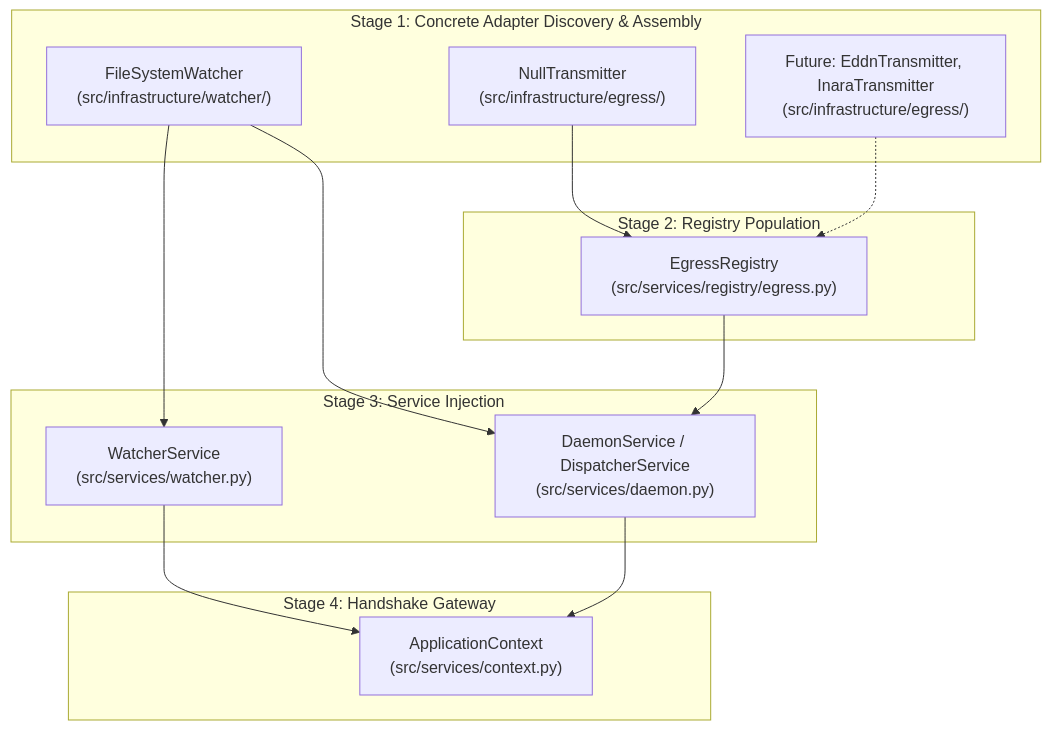
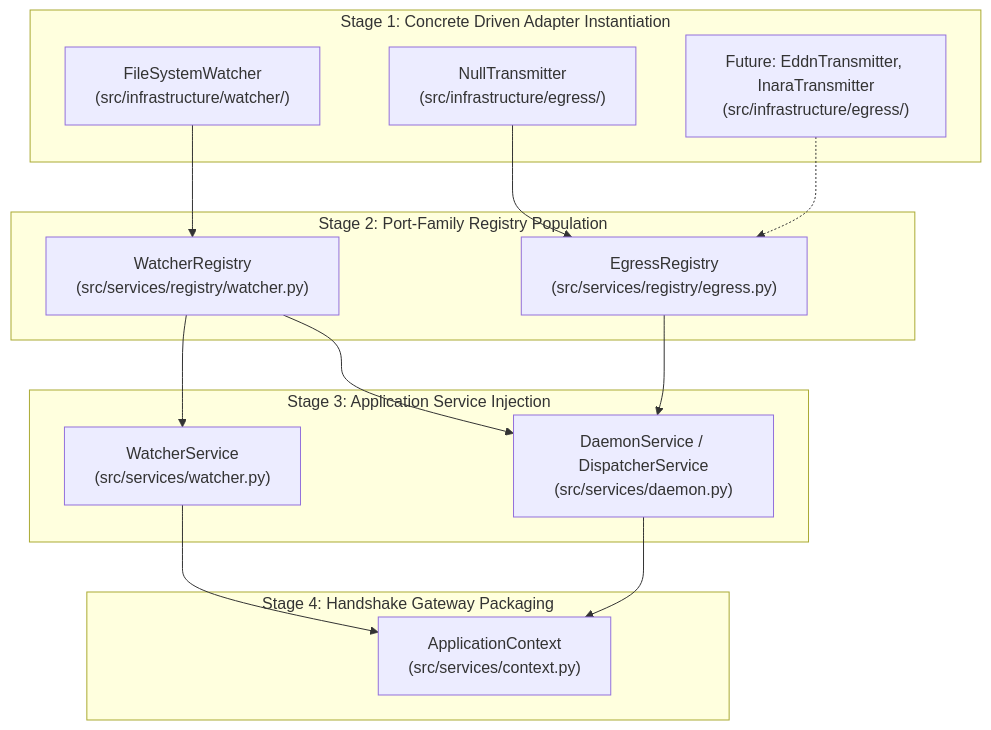
One commit to mnaatjes/ed-telemetry changed the diagram in architecture/adr/0014_driven_adapter_registry_architecture_and_composition_root.md. Above: the diagram before and after it, drawn with Mermaid. The commit also changed other lines of this file, not shown here.

Commit message:
docs(adr): update ADR 0014 with BaseAdapterRegistry generic pattern and port-family separation

````diff
--- a/architecture/adr/0014_driven_adapter_registry_architecture_and_composition_root.md
+++ b/architecture/adr/0014_driven_adapter_registry_architecture_and_composition_root.md
@@ -83,29 +115,31 @@
 ```mermaid
 flowchart TD
-    subgraph Stage1 ["Stage 1: Concrete Adapter Discovery & Assembly"]
+    subgraph Stage1 ["Stage 1: Concrete Driven Adapter Instantiation"]
         W["FileSystemWatcher<br/>(src/infrastructure/watcher/)"]
         N["NullTransmitter<br/>(src/infrastructure/egress/)"]
         E_FUTURE["Future: EddnTransmitter, InaraTransmitter<br/>(src/infrastructure/egress/)"]
     end
 
-    subgraph Stage2 ["Stage 2: Registry Population"]
+    subgraph Stage2 ["Stage 2: Port-Family Registry Population"]
+        W_REG["WatcherRegistry<br/>(src/services/registry/watcher.py)"]
         E_REG["EgressRegistry<br/>(src/services/registry/egress.py)"]
     end
 
-    subgraph Stage3 ["Stage 3: Service Injection"]
+    subgraph Stage3 ["Stage 3: Application Service Injection"]
+        W_SVC["WatcherService<br/>(src/services/watcher.py)"]
         D_SVC["DaemonService / DispatcherService<br/>(src/services/daemon.py)"]
-        W_SVC["WatcherService<br/>(src/services/watcher.py)"]
     end
 
-    subgraph Stage4 ["Stage 4: Handshake Gateway"]
+    subgraph Stage4 ["Stage 4: Handshake Gateway Packaging"]
         CTX["ApplicationContext<br/>(src/services/context.py)"]
     end
 
-    W --> W_SVC
-    W --> D_SVC
+    W --> W_REG
     N --> E_REG
     E_FUTURE -.-> E_REG
+    W_REG --> W_SVC
+    W_REG --> D_SVC
     E_REG --> D_SVC
     W_SVC --> CTX
     D_SVC --> CTX
 ```
````
